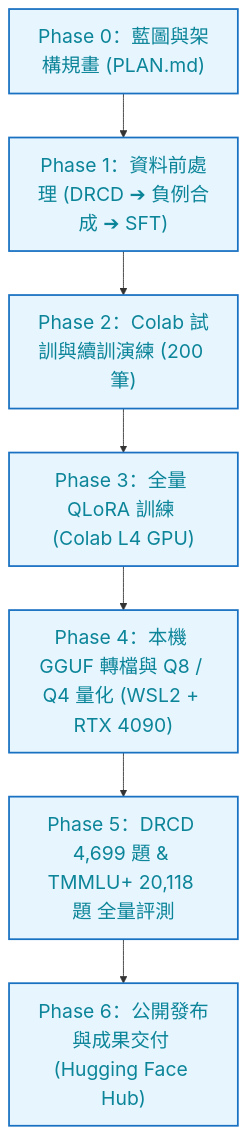
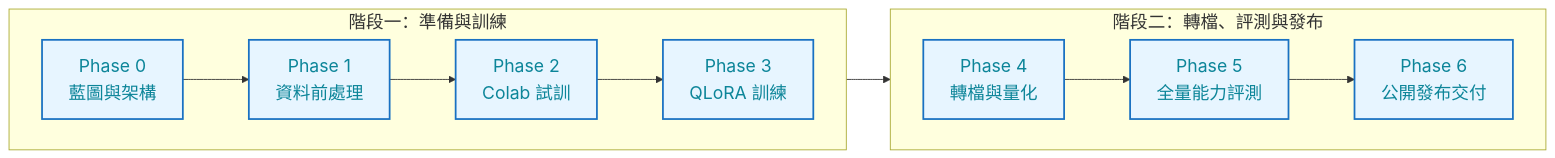
One commit to kuotunyu/local-llm-lifecycle changed the first of 2 diagrams in README.md. Above: the diagram before and after it, drawn with Mermaid.

Commit message:
docs: use 2-row horizontal layout for Phase 0-6 pipeline with 20px large text

````diff
--- a/README.md
+++ b/README.md
@@ -36,16 +36,18 @@
 ```mermaid
-%%{init: {'themeVariables': {'fontSize': '22px'}}}%%
-flowchart TD
-    P0["Phase 0：藍圖與架構規畫 (PLAN.md)"]
-    P1["Phase 1：資料前處理 (DRCD ➔ 負例合成 ➔ SFT)"]
-    P2["Phase 2：Colab 試訓與續訓演練 (200 筆)"]
-    P3["Phase 3：全量 QLoRA 訓練 (Colab L4 GPU)"]
-    P4["Phase 4：本機 GGUF 轉檔與 Q8 / Q4 量化 (WSL2 + RTX 4090)"]
-    P5["Phase 5：DRCD 4,699 題 & TMMLU+ 20,118 題 全量評測"]
-    P6["Phase 6：公開發布與成果交付 (Hugging Face Hub)"]
+%%{init: {'themeVariables': {'fontSize': '20px'}}}%%
+flowchart LR
+    subgraph Part1 ["階段一：準備與訓練"]
+        direction LR
+        P0["Phase 0<br/>藍圖與架構"] --> P1["Phase 1<br/>資料前處理"] --> P2["Phase 2<br/>Colab 試訓"] --> P3["Phase 3<br/>QLoRA 訓練"]
+    end
 
-    P0 --> P1 --> P2 --> P3 --> P4 --> P5 --> P6
+    subgraph Part2 ["階段二：轉檔、評測與發布"]
+        direction LR
+        P4["Phase 4<br/>轉檔與量化"] --> P5["Phase 5<br/>全量能力評測"] --> P6["Phase 6<br/>公開發布交付"]
+    end
+
+    Part1 --> Part2
 
     classDef phaseStyle fill:#e7f5ff,stroke:#1971c2,stroke-width:2px,color:#0c8599
     class P0,P1,P2,P3,P4,P5,P6 phaseStyle
 ```
````
